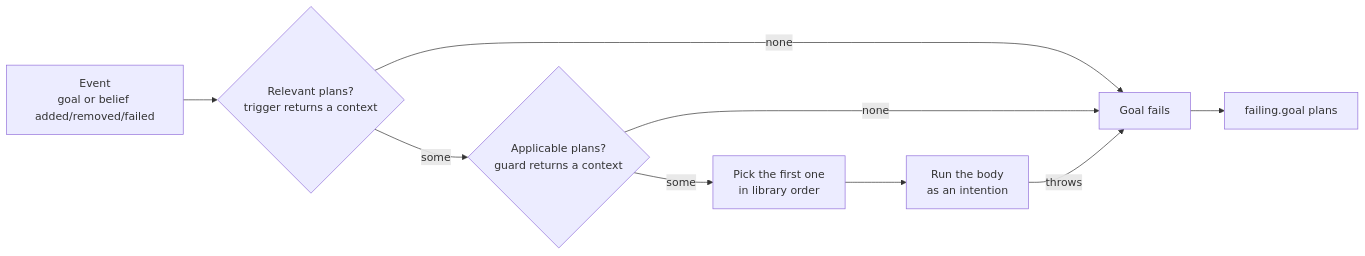
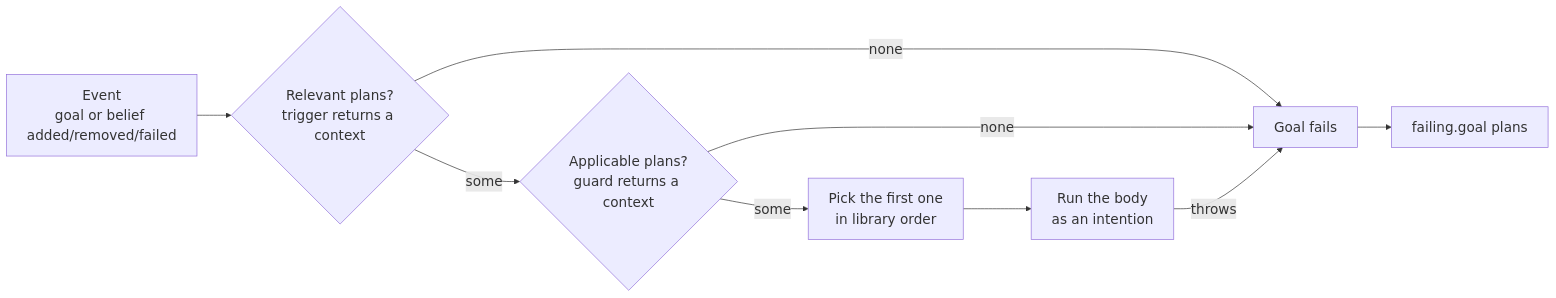
The diagram in website/docs/explanation/basic-concepts/plans.md (jakta-bdi/jakta), drawn with Mermaid before and after one commit. The commit also changed other lines of this file and 24 other files, not shown here.

````diff
--- a/website/docs/explanation/basic-concepts/plans.md
+++ b/website/docs/explanation/basic-concepts/plans.md
@@ -65,11 +101,16 @@
 ```mermaid
+---
+config:
+  themeVariables:
+    fontSize: 20px
+---
 flowchart LR
   E[Event<br/>goal or belief added/removed/failed] --> R{Relevant plans?<br/>trigger returns a context}
   R -- none --> F[Goal fails]
   R -- some --> G{Applicable plans?<br/>guard returns a context}
   G -- none --> F
   G -- some --> S[Pick the first one<br/>in library order]
   S --> B[Run the body<br/>as an intention]
   B -- throws --> F
   F --> FP[failing.goal plans]
 ```
````
